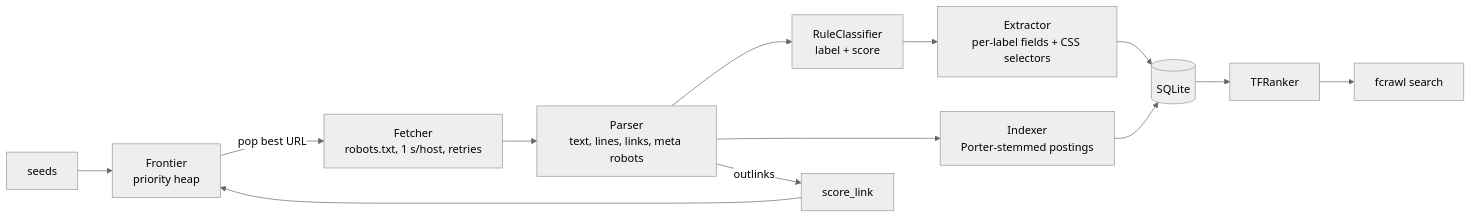
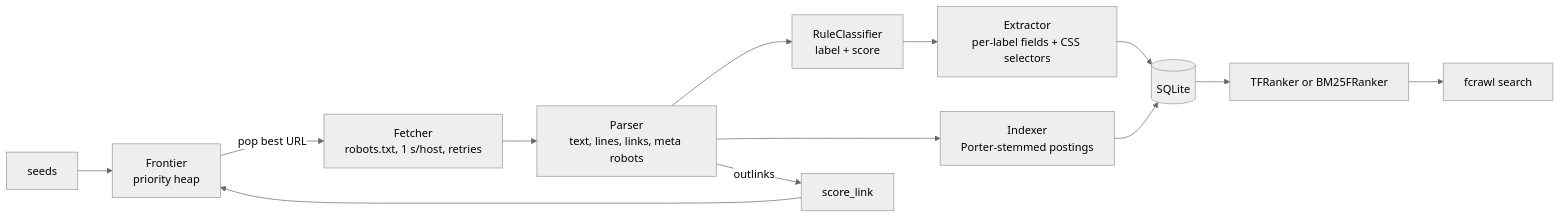
The first of 3 diagrams in docs/architecture.md (ps29/CS-6675-Web-Crawler), drawn with Mermaid (neutral theme) before and after one commit. The commit also changed other lines of this file and 4 other files, not shown here.

````diff
--- a/docs/architecture.md
+++ b/docs/architecture.md
@@ -36,12 +36,12 @@
 ```mermaid
 flowchart LR
     S[seeds] --> F[Frontier<br/>priority heap]
     F -->|pop best URL| FE[Fetcher<br/>robots.txt, 1 s/host, retries]
     FE --> P[Parser<br/>text, lines, links, meta robots]
     P --> C[RuleClassifier<br/>label + score]
     C --> X[Extractor<br/>per-label fields + CSS selectors]
     X --> ST[(SQLite)]
     P --> I[Indexer<br/>Porter-stemmed postings] --> ST
     P -->|outlinks| SC[score_link] --> F
-    ST --> R[TFRanker] --> Q[fcrawl search]
+    ST --> R[TFRanker or BM25FRanker] --> Q[fcrawl search]
 ```
````
